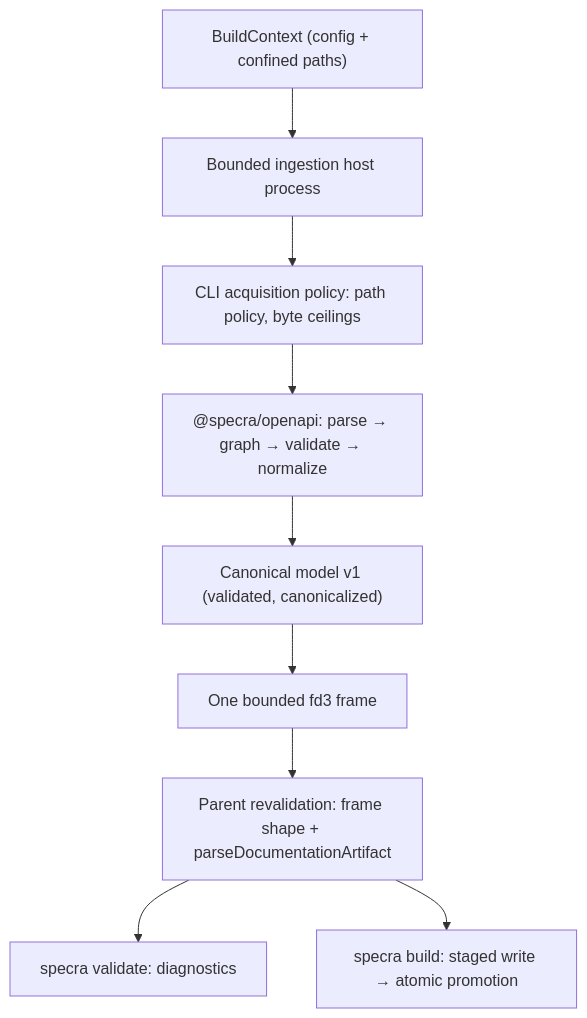
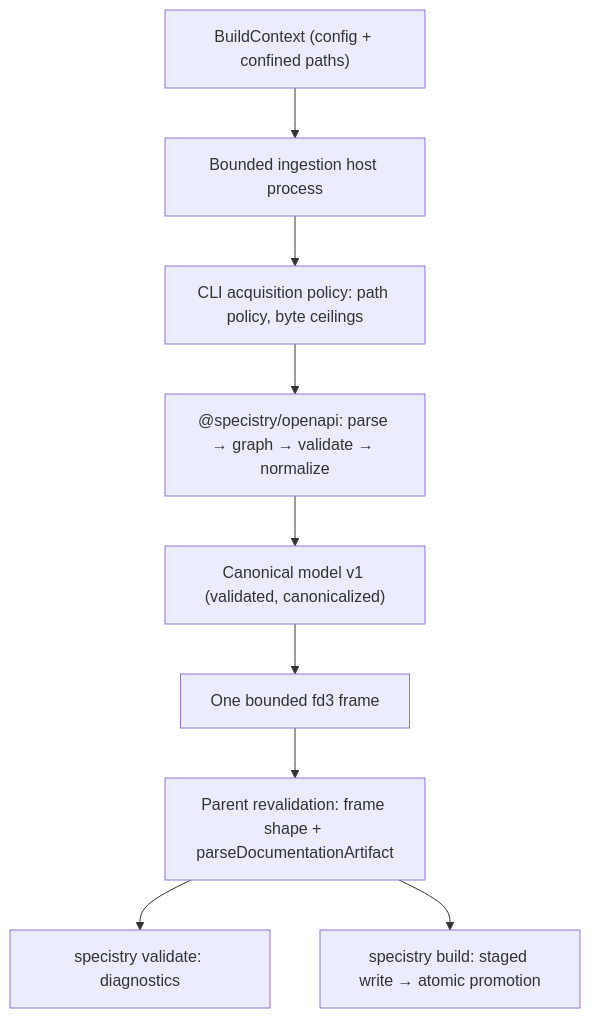
The fifth of 12 diagrams in docs/architecture/README.md (yannisyoussef/specistry), drawn with Mermaid before and after one commit. The commit also changed other lines of this file and 329 other files, not shown here.

````diff
--- a/docs/architecture/README.md
+++ b/docs/architecture/README.md
@@ -104,11 +104,11 @@
 ```mermaid
 flowchart TD
   Context["BuildContext (config + confined paths)"] --> Host["Bounded ingestion host process"]
   Host --> Acquire["CLI acquisition policy: path policy, byte ceilings"]
-  Acquire --> Adapter["@specra/openapi: parse → graph → validate → normalize"]
+  Acquire --> Adapter["@specistry/openapi: parse → graph → validate → normalize"]
   Adapter --> Model["Canonical model v1 (validated, canonicalized)"]
   Model --> Frame["One bounded fd3 frame"]
   Frame --> Revalidate["Parent revalidation: frame shape + parseDocumentationArtifact"]
-  Revalidate --> Validate["specra validate: diagnostics"]
-  Revalidate --> Build["specra build: staged write → atomic promotion"]
+  Revalidate --> Validate["specistry validate: diagnostics"]
+  Revalidate --> Build["specistry build: staged write → atomic promotion"]
 ```
````
